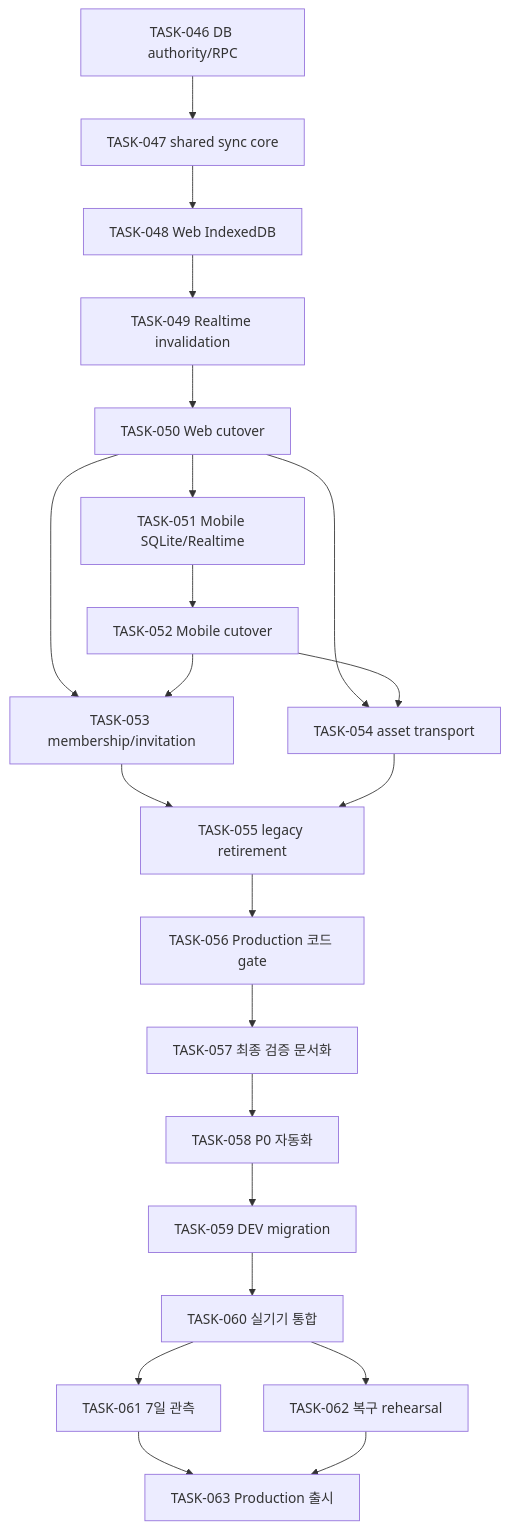
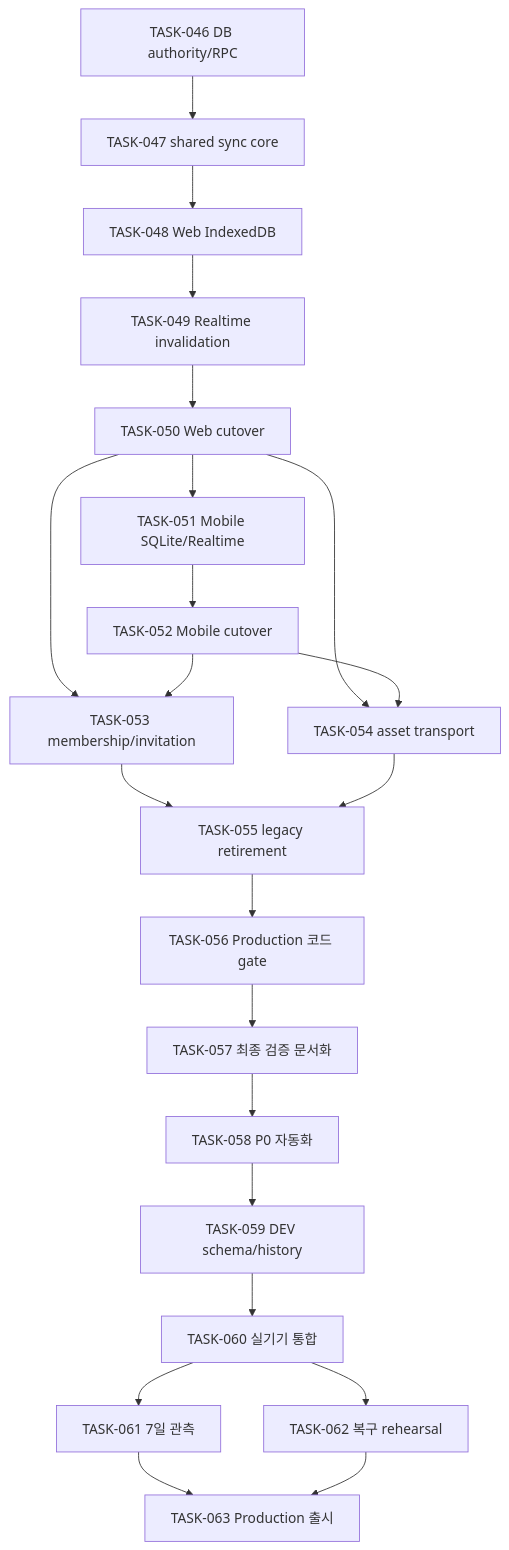
Before and after one commit to ysjee141/nexvoy-frontend: the diagram in docs/refactor/tasks/README.md, drawn with Mermaid. The commit also changed other lines of this file and 10 other files, not shown here.

Commit message:
docs(TASK-057): correct migration ledger audit

````diff
--- a/docs/refactor/tasks/README.md
+++ b/docs/refactor/tasks/README.md
@@ -245,24 +245,24 @@
 ```mermaid
 flowchart TD
     T46["TASK-046 DB authority/RPC"] --> T47["TASK-047 shared sync core"]
     T47 --> T48["TASK-048 Web IndexedDB"]
     T48 --> T49["TASK-049 Realtime invalidation"]
     T49 --> T50["TASK-050 Web cutover"]
     T50 --> T51["TASK-051 Mobile SQLite/Realtime"]
     T51 --> T52["TASK-052 Mobile cutover"]
     T50 --> T53["TASK-053 membership/invitation"]
     T52 --> T53
     T50 --> T54["TASK-054 asset transport"]
     T52 --> T54
     T53 --> T55["TASK-055 legacy retirement"]
     T54 --> T55
     T55 --> T56["TASK-056 Production 코드 gate"]
     T56 --> T57["TASK-057 최종 검증 문서화"]
     T57 --> T58["TASK-058 P0 자동화"]
-    T58 --> T59["TASK-059 DEV migration"]
+    T58 --> T59["TASK-059 DEV schema/history"]
     T59 --> T60["TASK-060 실기기 통합"]
     T60 --> T61["TASK-061 7일 관측"]
     T60 --> T62["TASK-062 복구 rehearsal"]
     T61 --> T63["TASK-063 Production 출시"]
     T62 --> T63
 ```
````
